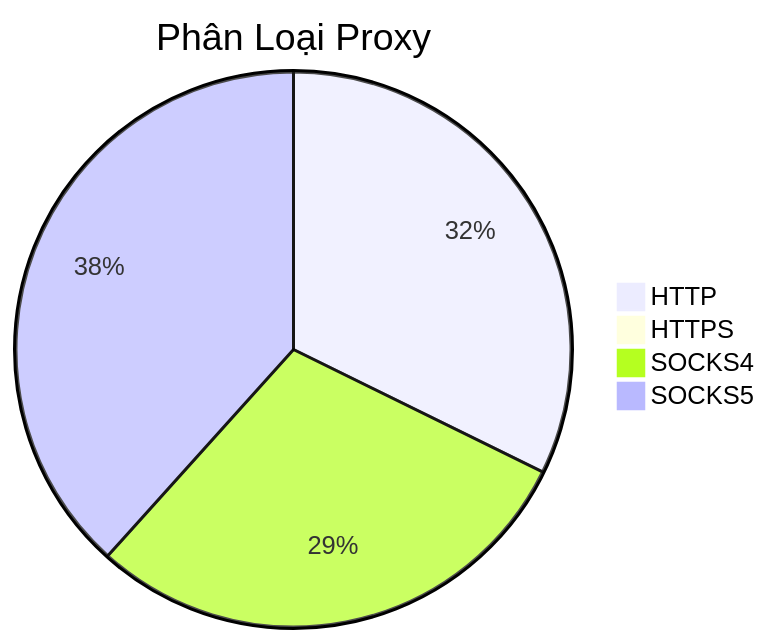
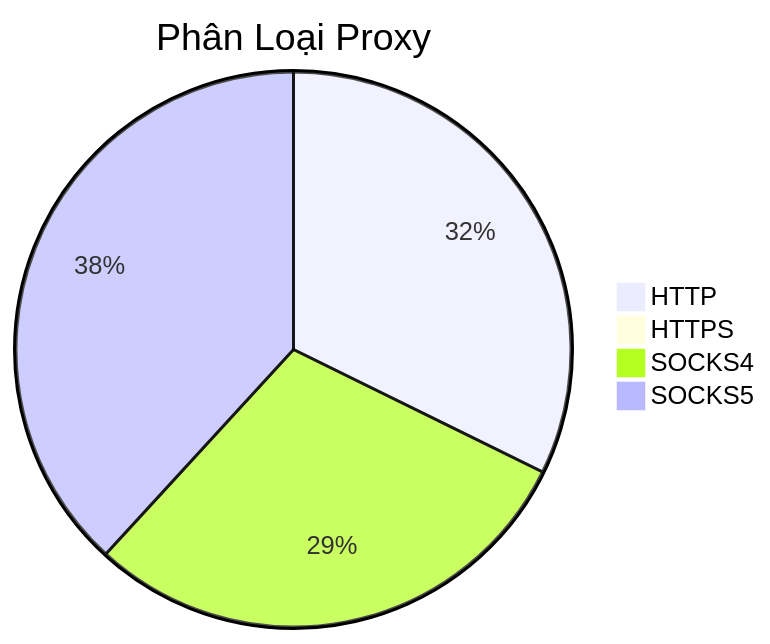
Before and after one commit to Ciara-Aa/PROXY-free: the diagram in README.md, drawn with Mermaid. The commit also changed other lines of this file and 4 other files, not shown here.

````diff
--- a/README.md
+++ b/README.md
@@ -26,7 +26,7 @@
 ```mermaid
 pie title Phân Loại Proxy
-    "HTTP" : 314
-    "HTTPS" : 1
-    "SOCKS4" : 286
-    "SOCKS5" : 373
+    "HTTP" : 295
+    "HTTPS" : 2
+    "SOCKS4" : 270
+    "SOCKS5" : 349
 ```
````
